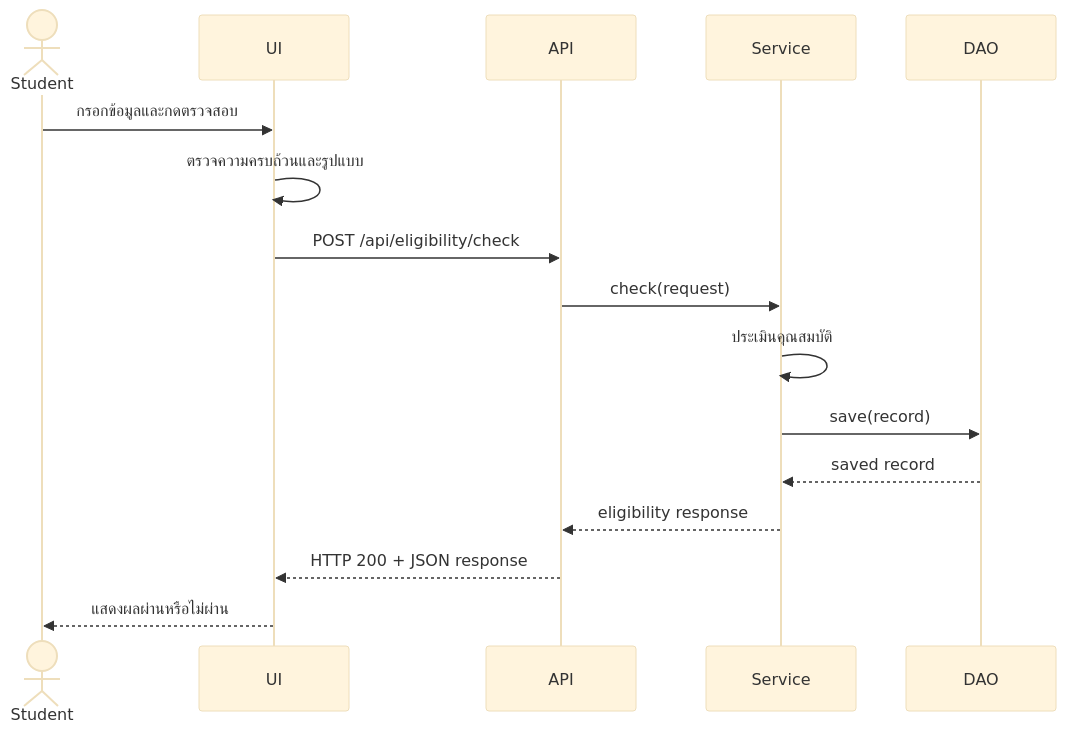
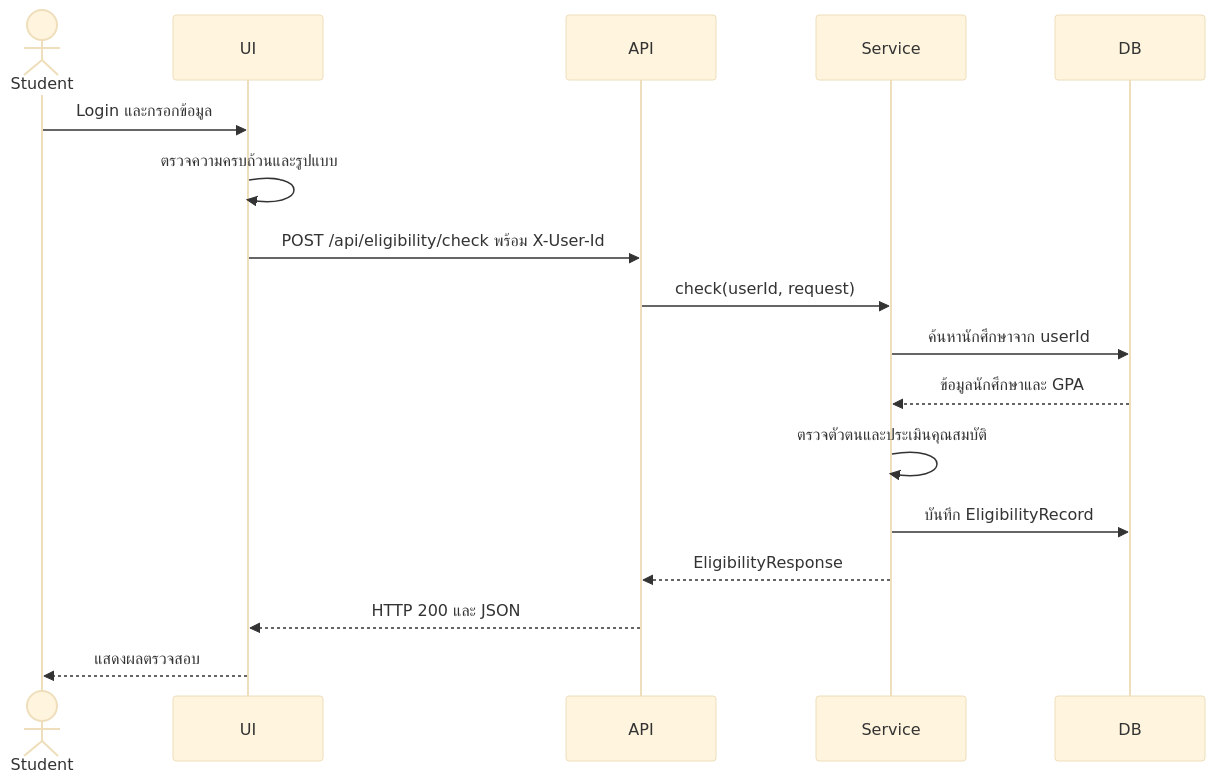
One commit to Pe3pro/CS261-Group9 changed the first of 2 diagrams in .doc/UserStory/U2/T15-system-test-cases.md. Above: the diagram before and after it, drawn with Mermaid (base theme). The commit also changed other lines of this file and 20 other files, not shown here.

````diff
--- a/.doc/UserStory/U2/T15-system-test-cases.md
+++ b/.doc/UserStory/U2/T15-system-test-cases.md
@@ -22,19 +37,20 @@
 ```mermaid
 sequenceDiagram
     actor Student
     participant UI
     participant API
     participant Service
-    participant DAO
+    participant DB
 
-    Student->>UI: กรอกข้อมูลและกดตรวจสอบ
+    Student->>UI: Login และกรอกข้อมูล
     UI->>UI: ตรวจความครบถ้วนและรูปแบบ
-    UI->>API: POST /api/eligibility/check
-    API->>Service: check(request)
-    Service->>Service: ประเมินคุณสมบัติ
-    Service->>DAO: save(record)
-    DAO-->>Service: saved record
-    Service-->>API: eligibility response
-    API-->>UI: HTTP 200 + JSON response
-    UI-->>Student: แสดงผลผ่านหรือไม่ผ่าน
+    UI->>API: POST /api/eligibility/check พร้อม X-User-Id
+    API->>Service: check(userId, request)
+    Service->>DB: ค้นหานักศึกษาจาก userId
+    DB-->>Service: ข้อมูลนักศึกษาและ GPA
+    Service->>Service: ตรวจตัวตนและประเมินคุณสมบัติ
+    Service->>DB: บันทึก EligibilityRecord
+    Service-->>API: EligibilityResponse
+    API-->>UI: HTTP 200 และ JSON
+    UI-->>Student: แสดงผลตรวจสอบ
 ```
````
